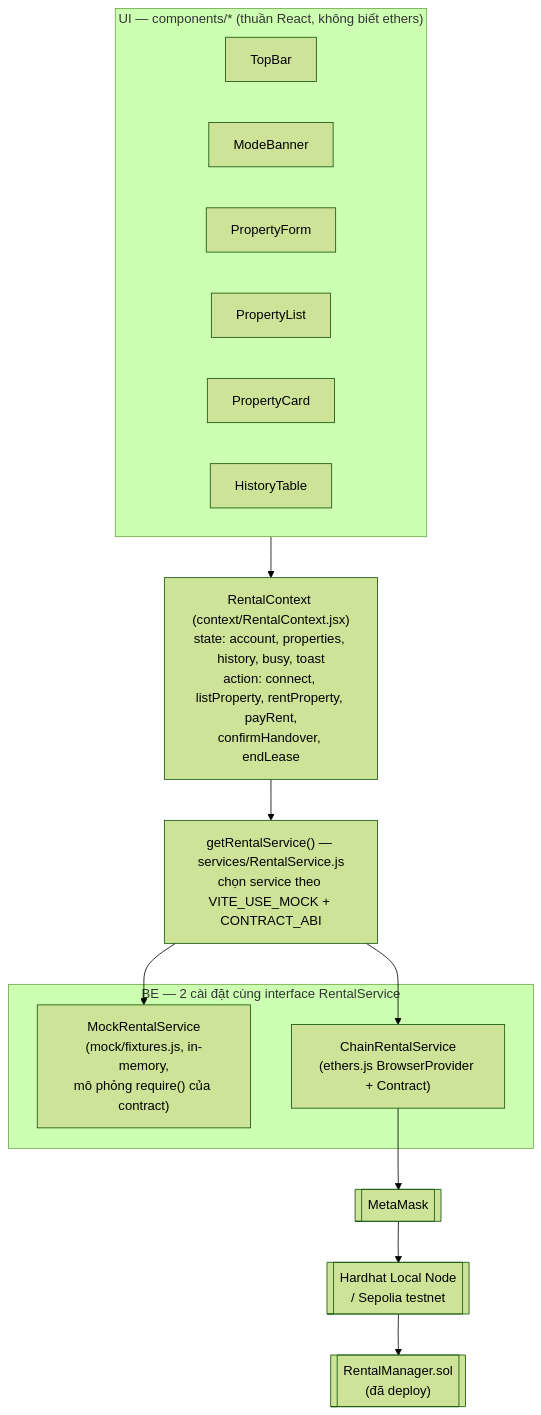
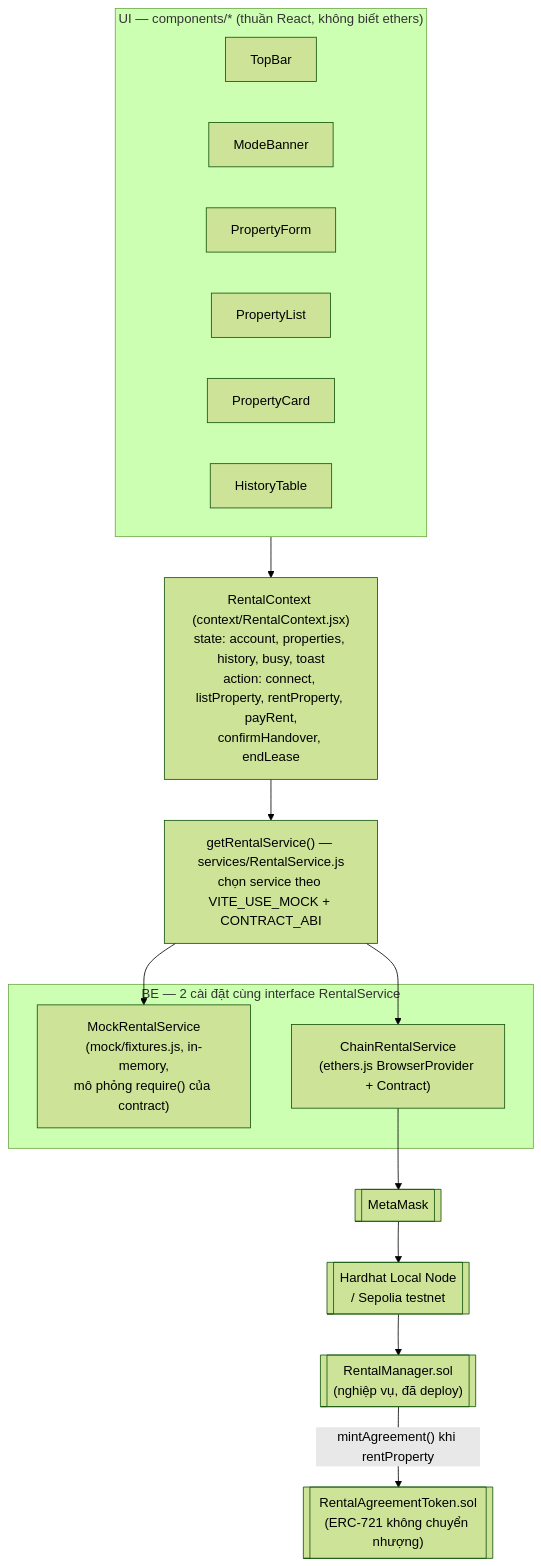
Before and after one commit to vinhha195-oss/he-thong-quan-ly-thue-nha-bang-smart-contract: the second of 5 diagrams in docs/kien-truc-va-usecase.md, drawn with Mermaid (forest theme). The commit also changed other lines of this file and 60 other files, not shown here.

First line of the commit message:
Migrate to Hardhat 3/TS, split token/manager contracts, add backend indexer, IPFS, and docs

````diff
--- a/docs/kien-truc-va-usecase.md
+++ b/docs/kien-truc-va-usecase.md
@@ -36,29 +36,31 @@
 ```mermaid
 flowchart TB
     subgraph UI["UI — components/* (thuần React, không biết ethers)"]
         TopBar
         ModeBanner
         PropertyForm
         PropertyList & PropertyCard
         HistoryTable
     end
 
     Context["RentalContext (context/RentalContext.jsx)\nstate: account, properties, history, busy, toast\naction: connect, listProperty, rentProperty, payRent,\nconfirmHandover, endLease"]
 
     Factory["getRentalService() — services/RentalService.js\nchọn service theo VITE_USE_MOCK + CONTRACT_ABI"]
 
     subgraph BE["BE — 2 cài đặt cùng interface RentalService"]
         Mock["MockRentalService\n(mock/fixtures.js, in-memory,\nmô phỏng require() của contract)"]
         Chain["ChainRentalService\n(ethers.js BrowserProvider + Contract)"]
     end
 
     MetaMask[[MetaMask]]
     Node[["Hardhat Local Node\n/ Sepolia testnet"]]
-    Contract[["RentalManager.sol\n(đã deploy)"]]
+    Manager[["RentalManager.sol\n(nghiệp vụ, đã deploy)"]]
+    Token[["RentalAgreementToken.sol\n(ERC-721 không chuyển nhượng)"]]
 
     UI --> Context
     Context --> Factory
     Factory --> Mock
     Factory --> Chain
-    Chain --> MetaMask --> Node --> Contract
+    Chain --> MetaMask --> Node --> Manager
+    Manager -- "mintAgreement() khi rentProperty" --> Token
 ```
````
